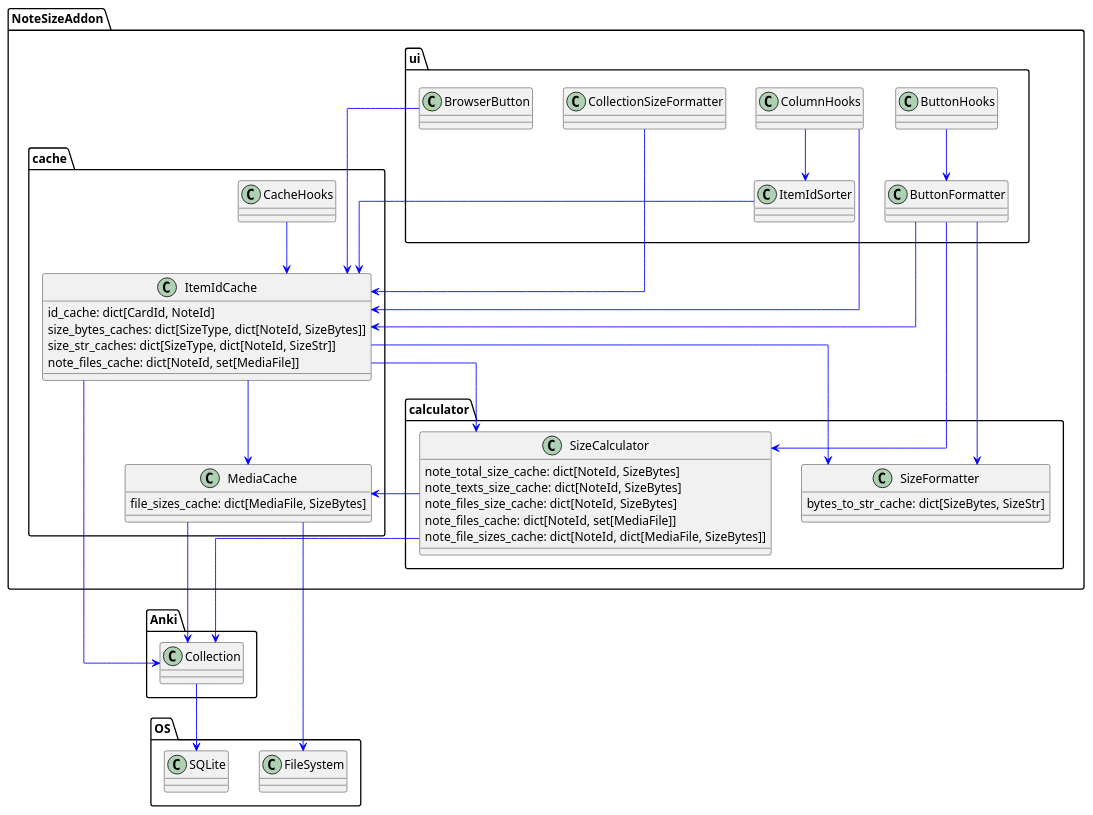
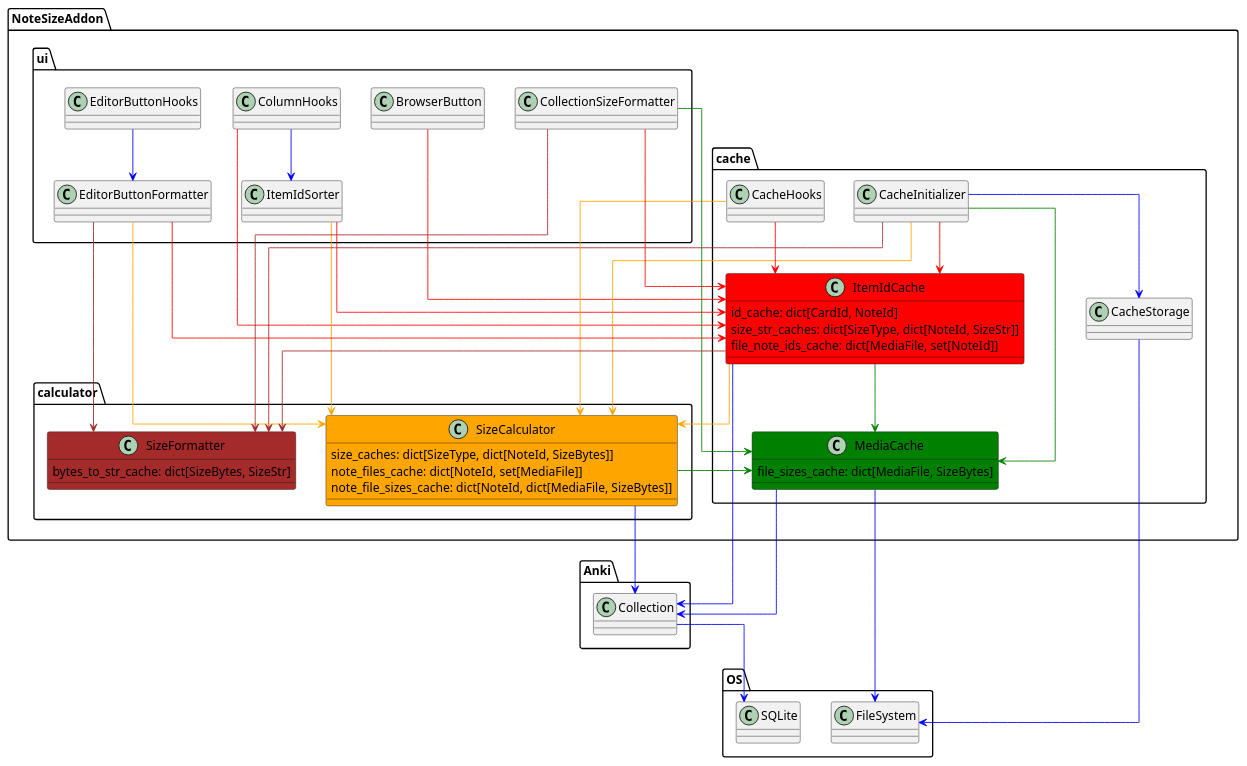
One commit to Aleks-Ya/note-size-anki-addon changed the diagram in docs-template/uml/cache-class-diagram.puml. Above: the diagram before and after it, drawn with PlantUML.

```diff
--- a/docs-template/uml/cache-class-diagram.puml
+++ b/docs-template/uml/cache-class-diagram.puml
@@ -1,89 +1,100 @@
 @startuml
 skinparam linetype ortho
 skinparam class {
     ArrowColor blue
 }
 'https://plantuml.com/class-diagram
 
 package OS {
     class SQLite
     class FileSystem
 }
 
 package Anki {
     class Collection
 }
 
 package NoteSizeAddon {
 
     package calculator {
-        class SizeCalculator {
-            note_total_size_cache: dict[NoteId, SizeBytes]
-            note_texts_size_cache: dict[NoteId, SizeBytes]
-            note_files_size_cache: dict[NoteId, SizeBytes]
+        class SizeCalculator #orange {
+            size_caches: dict[SizeType, dict[NoteId, SizeBytes]]
             note_files_cache: dict[NoteId, set[MediaFile]]
             note_file_sizes_cache: dict[NoteId, dict[MediaFile, SizeBytes]]
         }
-        class SizeFormatter {
+        class SizeFormatter #brown {
             bytes_to_str_cache: dict[SizeBytes, SizeStr]
         }
     }
 
     package cache {
         class CacheHooks
-        class ItemIdCache {
+        class ItemIdCache #red {
             id_cache: dict[CardId, NoteId]
-            size_bytes_caches: dict[SizeType, dict[NoteId, SizeBytes]]
             size_str_caches: dict[SizeType, dict[NoteId, SizeStr]]
-            note_files_cache: dict[NoteId, set[MediaFile]]
+            file_note_ids_cache: dict[MediaFile, set[NoteId]]
         }
-        class MediaCache {
+        class MediaCache #green {
             file_sizes_cache: dict[MediaFile, SizeBytes]
         }
+        class CacheInitializer
+        class CacheStorage
     }
 
     package ui {
         together {
-            class ButtonHooks
-            class ButtonFormatter
+                class EditorButtonHooks
+            class EditorButtonFormatter
         }
         class BrowserButton
         class CollectionSizeFormatter
         together {
             class ColumnHooks
             class ItemIdSorter
         }
     }
 }
 
-BrowserButton --> ItemIdCache
+BrowserButton --> ItemIdCache #red
 
-ButtonHooks --> ButtonFormatter
+EditorButtonHooks --> EditorButtonFormatter
 
-ColumnHooks --> ItemIdCache
+ColumnHooks --> ItemIdCache #red
 ColumnHooks --> ItemIdSorter
 
-ItemIdSorter --> ItemIdCache
+ItemIdSorter --> ItemIdCache #red
+ItemIdSorter --> SizeCalculator #orange
 
-CacheHooks --> ItemIdCache
+CacheInitializer --> MediaCache #green
+CacheInitializer --> ItemIdCache #red
+CacheInitializer --> SizeCalculator #orange
+CacheInitializer --> SizeFormatter #brown
+CacheInitializer --> CacheStorage
+
+CacheHooks --> ItemIdCache #red
+CacheHooks --> SizeCalculator #orange
 
 Collection --> SQLite
 
-ButtonFormatter --> ItemIdCache
-ButtonFormatter --> SizeCalculator
-ButtonFormatter --> SizeFormatter
+EditorButtonFormatter --> ItemIdCache #red
+EditorButtonFormatter --> SizeCalculator #orange
+EditorButtonFormatter --> SizeFormatter #brown
 
-CollectionSizeFormatter --> ItemIdCache
+CollectionSizeFormatter --> ItemIdCache #red
+CollectionSizeFormatter --> MediaCache #green
+CollectionSizeFormatter --> SizeFormatter #brown
 
 SizeCalculator --> Collection
-SizeCalculator --> MediaCache
+SizeCalculator --> MediaCache #green
+
+CacheStorage --> FileSystem
 
 ItemIdCache --> Collection
-ItemIdCache --> SizeCalculator
-ItemIdCache --> SizeFormatter
-ItemIdCache --> MediaCache
+ItemIdCache --> SizeCalculator #orange
+ItemIdCache --> SizeFormatter #brown
+ItemIdCache --> MediaCache #green
 
 MediaCache --> Collection
 MediaCache --> FileSystem
 
 @enduml
```
